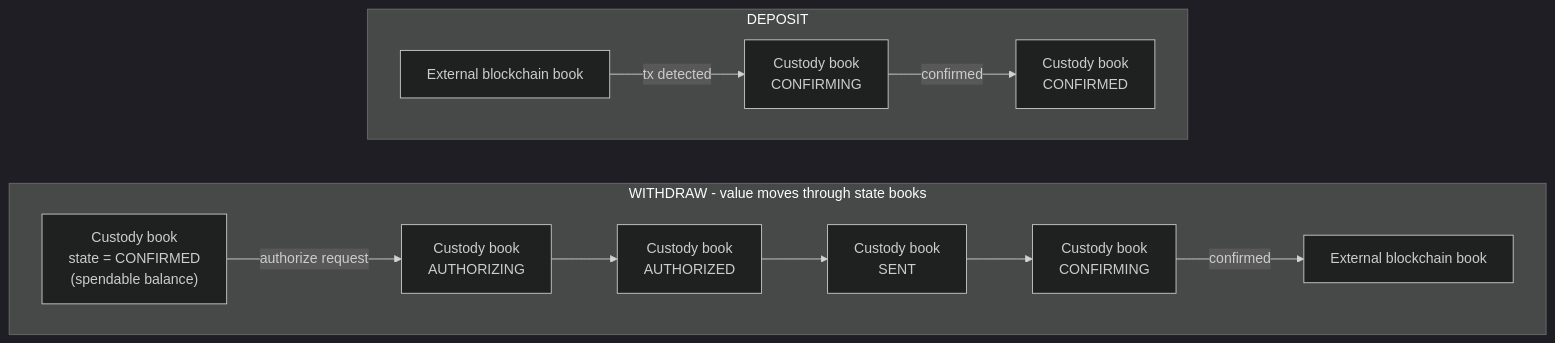
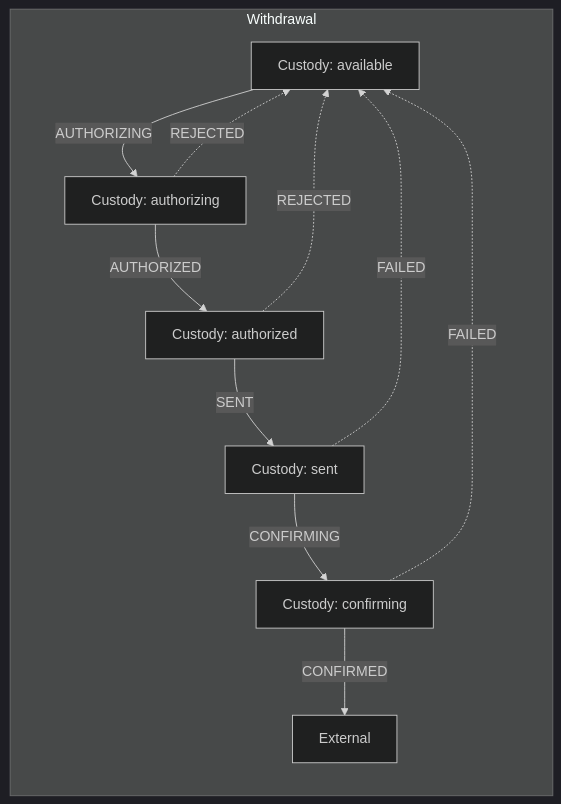
Before and after one commit to taiio/book-keeping: the third of 20 diagrams in README.md, drawn with Mermaid (dark theme). The commit also changed other lines of this file, not shown here.

````diff
--- a/README.md
+++ b/README.md
@@ -111,21 +111,14 @@
 ```mermaid
 flowchart LR
-    subgraph W["WITHDRAW - value moves through state books"]
-        direction LR
-        C0["Custody book<br/>state = CONFIRMED<br/>(spendable balance)"]
-        C1["Custody book<br/>AUTHORIZING"]
-        C2["Custody book<br/>AUTHORIZED"]
-        C3["Custody book<br/>SENT"]
-        C4["Custody book<br/>CONFIRMING"]
-        X1["External blockchain book"]
-        C0 -->|"authorize request"| C1 --> C2 --> C3 --> C4 -->|"confirmed"| X1
-    end
-
-    subgraph D["DEPOSIT"]
-        direction LR
-        X2["External blockchain book"]
-        D1["Custody book<br/>CONFIRMING"]
-        D2["Custody book<br/>CONFIRMED"]
-        X2 -->|"tx detected"| D1 -->|"confirmed"| D2
-    end
+  subgraph WD["Withdrawal"]
+    A5["Custody: available"] -->|"AUTHORIZING"| A1["Custody: authorizing"]
+    A1 -->|"AUTHORIZED"| A2["Custody: authorized"]
+    A2 -->|"SENT"| A3["Custody: sent"]
+    A3 -->|"CONFIRMING"| A4["Custody: confirming"]
+    A4 -->|"CONFIRMED"| AX["External"]
+  end
+  A1 -.->|"REJECTED"| A5
+  A2 -.->|"REJECTED"| A5
+  A3 -.->|"FAILED"| A5
+  A4 -.->|"FAILED"| A5
 ```
````
